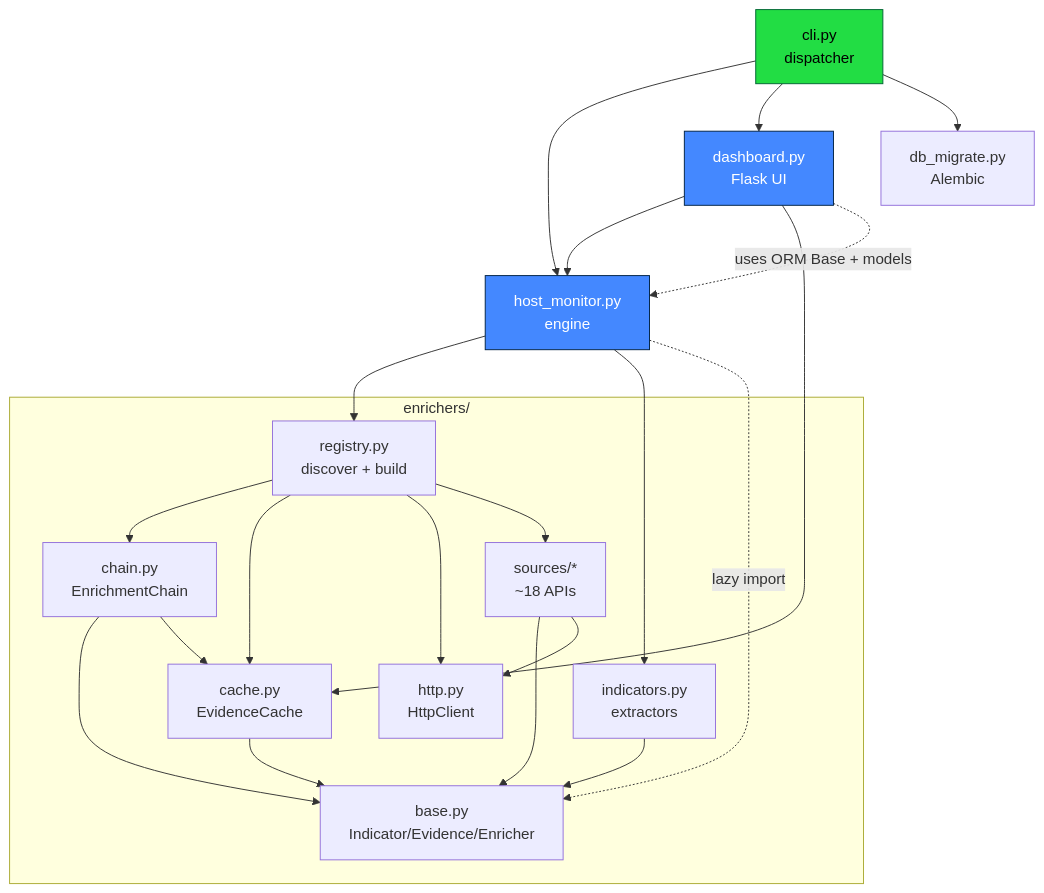
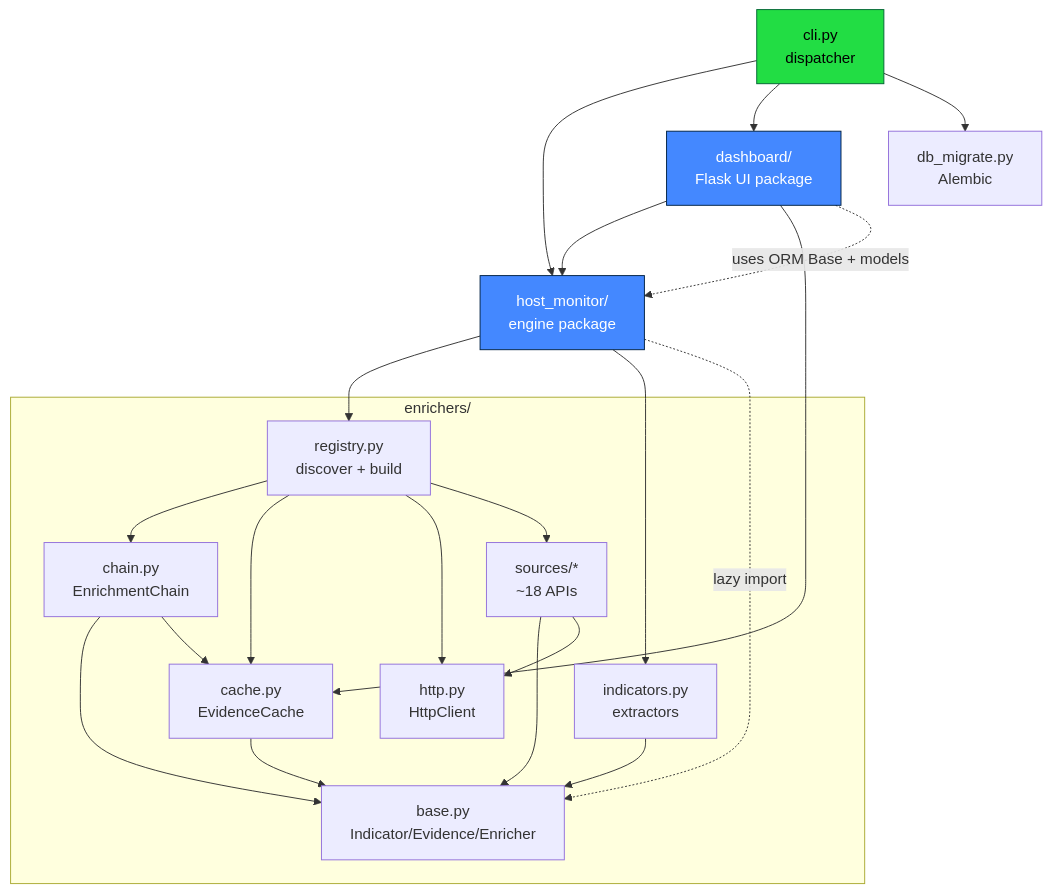
The first of 15 diagrams in docs/ARCHITECTURE.md (iklobato/avai), drawn with Mermaid before and after one commit. The commit also changed other lines of this file, not shown here.

First line of the commit message:
docs: update architecture map for the host_monitor/ and dashboard/ packages

````diff
--- a/docs/ARCHITECTURE.md
+++ b/docs/ARCHITECTURE.md
@@ -36,45 +44,45 @@
 ```mermaid
 graph TD
     cli[cli.py<br/>dispatcher]
-    hm[host_monitor.py<br/>engine]
-    dash[dashboard.py<br/>Flask UI]
+    hm[host_monitor/<br/>engine package]
+    dash[dashboard/<br/>Flask UI package]
     mig[db_migrate.py<br/>Alembic]
 
     subgraph enr[enrichers/]
         base[base.py<br/>Indicator/Evidence/Enricher]
         http[http.py<br/>HttpClient]
         cache[cache.py<br/>EvidenceCache]
         chain[chain.py<br/>EnrichmentChain]
         reg[registry.py<br/>discover + build]
         ind[indicators.py<br/>extractors]
         src[sources/*<br/>~18 APIs]
     end
 
     cli --> hm
     cli --> dash
     cli --> mig
 
     hm --> reg
     hm --> ind
     hm -.lazy import.-> base
 
     dash --> hm
     dash --> cache
     dash -.uses ORM Base + models.-> hm
 
     reg --> chain
     reg --> cache
     reg --> http
     reg --> src
     chain --> base
     chain --> cache
     cache --> base
     ind --> base
     src --> base
     src --> http
 
     classDef entry fill:#2d4,stroke:#063,color:#000
     classDef big fill:#48f,stroke:#024,color:#fff
     class cli entry
     class hm,dash big
 ```
````
